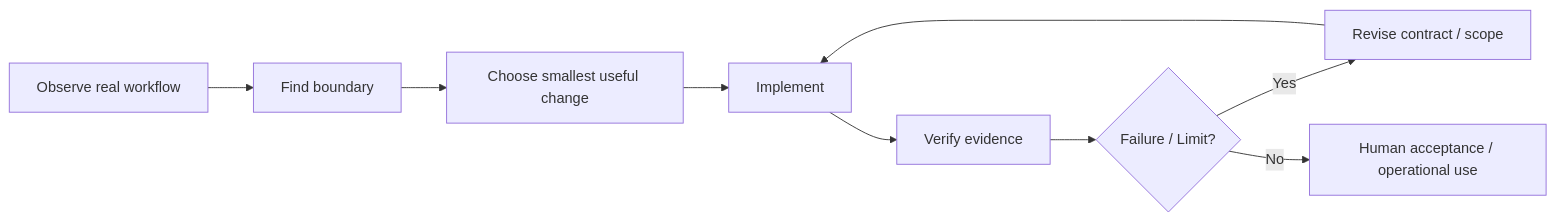
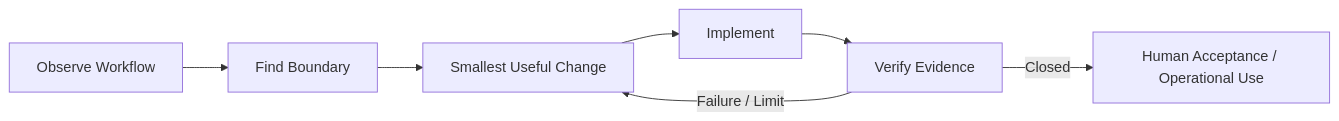
The sixth of 6 diagrams in PORTFOLIO-AX.md (tomtomjskim/jsnetworkcorp-portfolio), drawn with Mermaid before and after one commit. The commit also changed other lines of this file and 5 other files, not shown here.

First line of the commit message:
portfolio: compact AX diagrams after visual QA

````diff
--- a/PORTFOLIO-AX.md
+++ b/PORTFOLIO-AX.md
@@ -152,11 +135,9 @@
 ```mermaid
 flowchart LR
-    O[Observe real workflow] --> B[Find boundary]
-    B --> D[Choose smallest useful change]
+    O[Observe Workflow] --> B[Find Boundary]
+    B --> D[Smallest Useful Change]
     D --> I[Implement]
-    I --> V[Verify evidence]
-    V --> F{Failure / Limit?}
-    F -->|Yes| R[Revise contract / scope]
-    R --> I
-    F -->|No| H[Human acceptance / operational use]
+    I --> V[Verify Evidence]
+    V -->|Closed| H[Human Acceptance / Operational Use]
+    V -->|Failure / Limit| D
 ```
````
